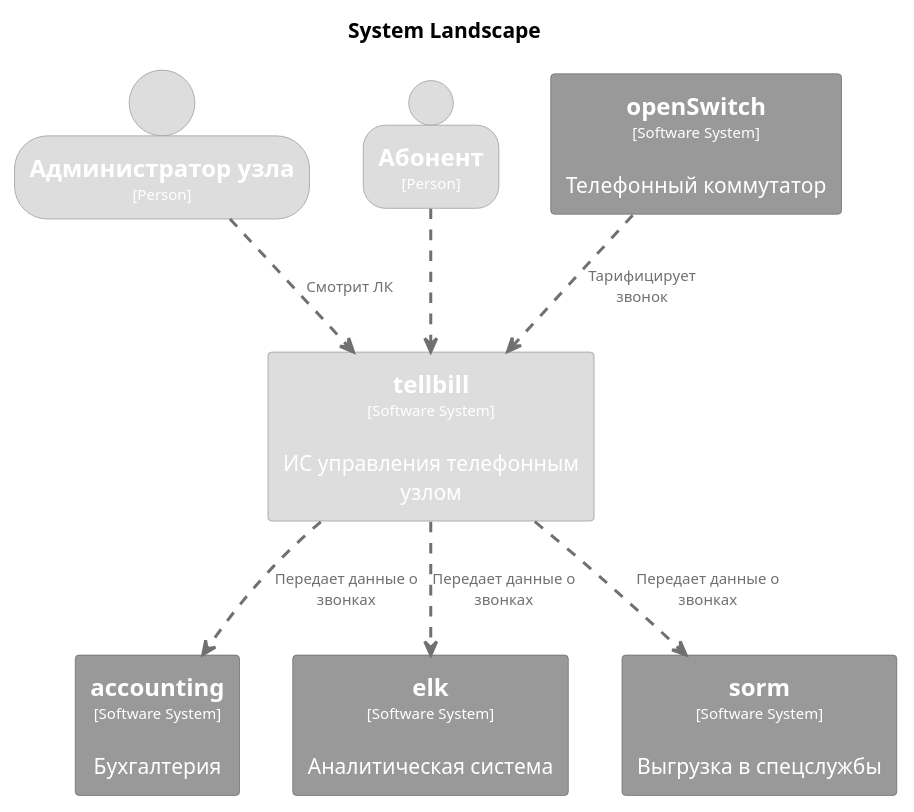
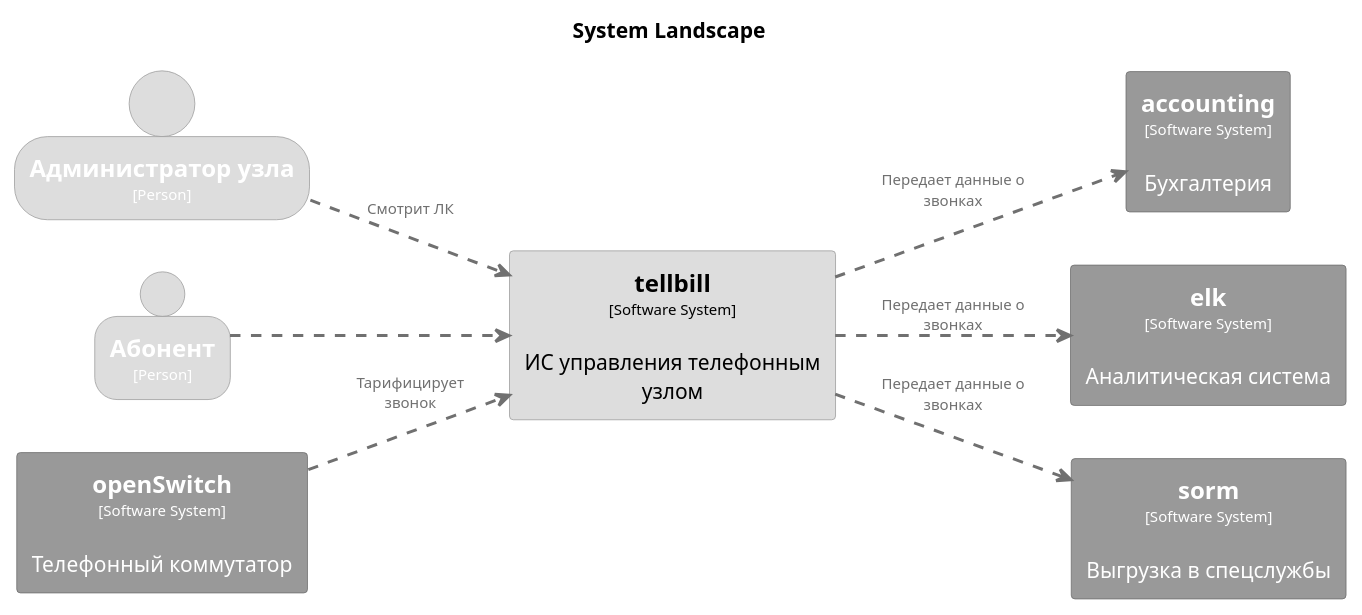
The diagram in docs/c4-dsl/plantuml/structurizr-SystemLandscape.puml (lfuuu/Diplom), drawn with PlantUML before and after one commit. The commit also changed 44 other files, not shown here.

```diff
--- a/docs/c4-dsl/plantuml/structurizr-SystemLandscape.puml
+++ b/docs/c4-dsl/plantuml/structurizr-SystemLandscape.puml
@@ -1,73 +1,73 @@
 @startuml
 set separator none
 title System Landscape
 
-top to bottom direction
+left to right direction
 
 skinparam {
   arrowFontSize 10
   defaultTextAlignment center
   wrapWidth 200
   maxMessageSize 100
 }
 
 hide stereotype
 
 skinparam rectangle<<accounting>> {
   BackgroundColor #999999
   FontColor #ffffff
   BorderColor #6b6b6b
   shadowing false
 }
 skinparam rectangle<<elk>> {
   BackgroundColor #999999
   FontColor #ffffff
   BorderColor #6b6b6b
   shadowing false
 }
 skinparam rectangle<<openSwitch>> {
   BackgroundColor #999999
   FontColor #ffffff
   BorderColor #6b6b6b
   shadowing false
 }
 skinparam rectangle<<sorm>> {
   BackgroundColor #999999
   FontColor #ffffff
   BorderColor #6b6b6b
   shadowing false
 }
 skinparam rectangle<<tellbill>> {
   BackgroundColor #dddddd
-  FontColor #ffffff
+  FontColor #000000
   BorderColor #9a9a9a
   shadowing false
 }
 skinparam person<<Абонент>> {
   BackgroundColor #dddddd
   FontColor #ffffff
   BorderColor #9a9a9a
   shadowing false
 }
 skinparam person<<Администраторузла>> {
   BackgroundColor #dddddd
   FontColor #ffffff
   BorderColor #9a9a9a
   shadowing false
 }
 
 person "==Администратор узла\n<size:10>[Person]</size>" <<Администраторузла>> as Администраторузла
 person "==Абонент\n<size:10>[Person]</size>" <<Абонент>> as Абонент
 rectangle "==openSwitch\n<size:10>[Software System]</size>\n\nТелефонный коммутатор" <<openSwitch>> as openSwitch
 rectangle "==accounting\n<size:10>[Software System]</size>\n\nБухгалтерия" <<accounting>> as accounting
 rectangle "==elk\n<size:10>[Software System]</size>\n\nАналитическая система" <<elk>> as elk
 rectangle "==sorm\n<size:10>[Software System]</size>\n\nВыгрузка в спецслужбы" <<sorm>> as sorm
 rectangle "==tellbill\n<size:10>[Software System]</size>\n\nИС управления телефонным узлом" <<tellbill>> as tellbill
 
 tellbill .[#707070,thickness=2].> elk : "<color:#707070>Передает данные о звонках"
 tellbill .[#707070,thickness=2].> sorm : "<color:#707070>Передает данные о звонках"
 tellbill .[#707070,thickness=2].> accounting : "<color:#707070>Передает данные о звонках"
 Абонент .[#707070,thickness=2].> tellbill : "<color:#707070>"
 openSwitch .[#707070,thickness=2].> tellbill : "<color:#707070>Тарифицирует звонок"
 Администраторузла .[#707070,thickness=2].> tellbill : "<color:#707070>Смотрит ЛК"
 @enduml
```
